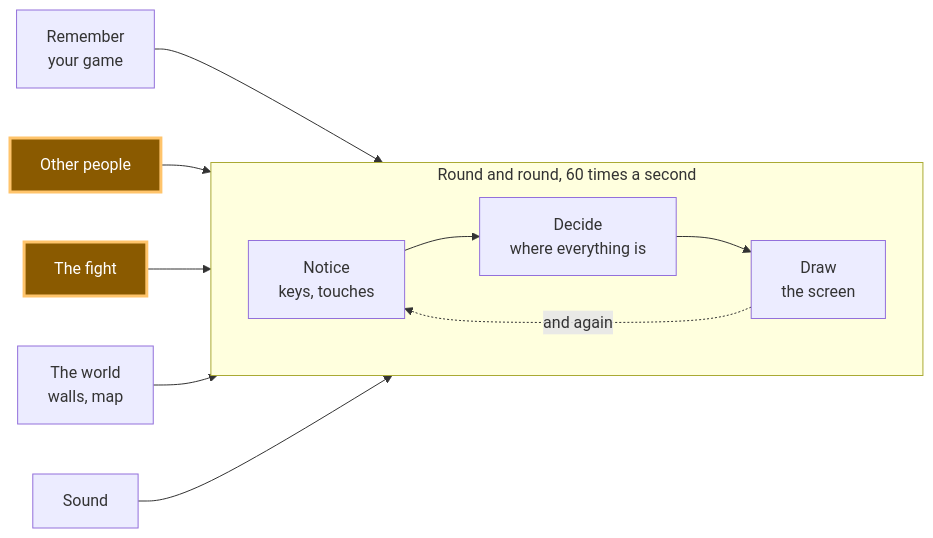
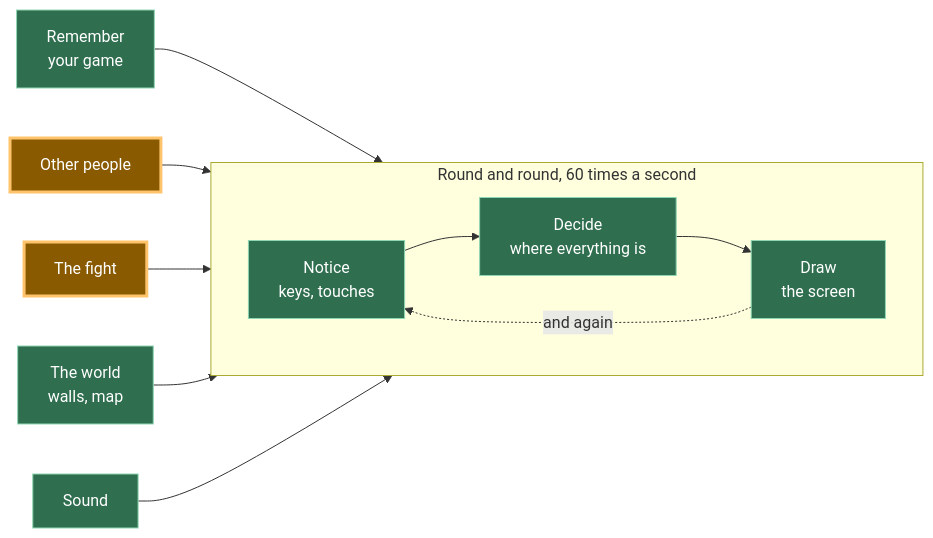
One commit to KakkoiDev/izumo-io changed the first of 2 diagrams in content/ai/a19.ja.md. Above: the diagram before and after it, drawn with Mermaid. The commit also changed other lines of this file and 35 other files, not shown here.

Commit message:
Mark earlier-completed modules green on the A11-A22 diagrams, and fix the stale A11 PT prompt block plus code markup in three translations

````diff
--- a/content/ai/a19.ja.md
+++ b/content/ai/a19.ja.md
@@ -17,17 +17,19 @@
 ```mermaid
 flowchart LR
     subgraph loop["Round and round, 60 times a second"]
         direction LR
         N["Notice<br/>keys, touches"] --> D["Decide<br/>where everything is"] --> R["Draw<br/>the screen"]
     end
     R -. "and again" .-> N
 
     S["Remember<br/>your game"] --> D
     O["Other people"] --> D
     F["The fight"] --> D
     W["The world<br/>walls, map"] --> R
     A["Sound"] --> R
 
     classDef now fill:#8a5a00,stroke:#ffc46b,color:#fff,stroke-width:3px
+    classDef done fill:#2f6f4f,stroke:#8fd6b4,color:#fff
+    class N,D,R,S,W,A done
     class O,F now
 ```
````
